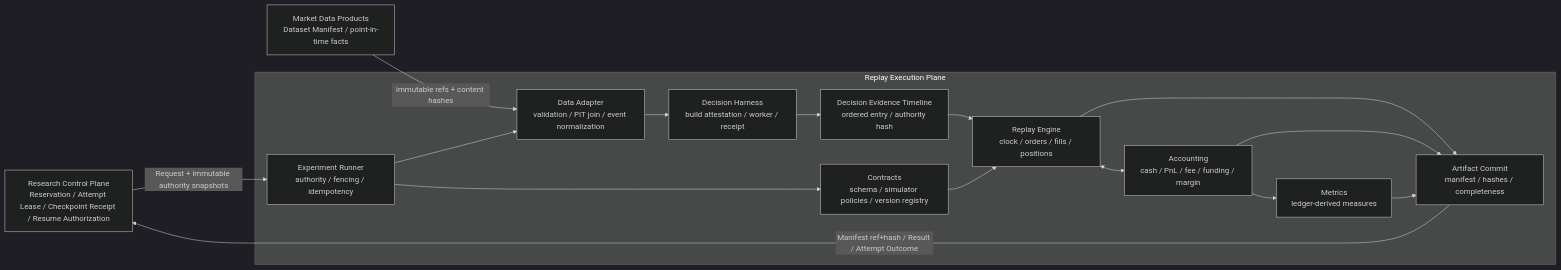
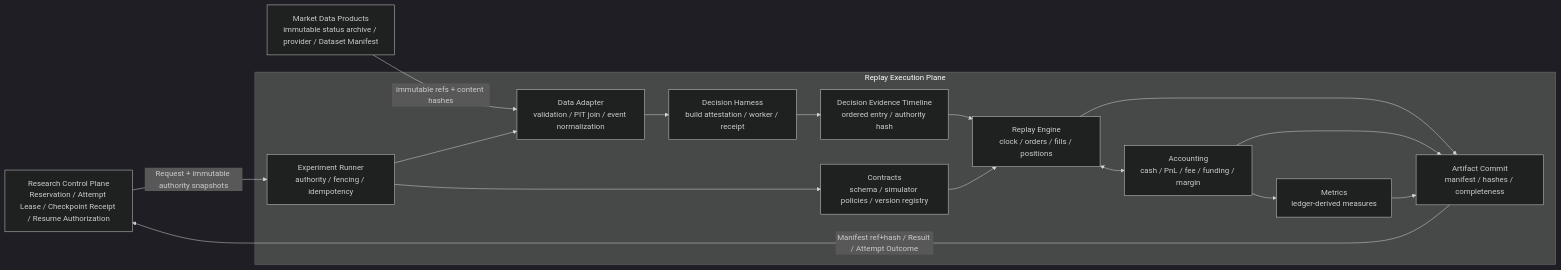
The diagram in docs/rd-replay-execution-plane-design.md (qOeOp/trade), drawn with Mermaid (dark theme) before and after one commit. The commit also changed other lines of this file and 4 other files, not shown here.

Commit message:
Document Replay status archive boundary

````diff
--- a/docs/rd-replay-execution-plane-design.md
+++ b/docs/rd-replay-execution-plane-design.md
@@ -61,30 +63,30 @@
 ```mermaid
 flowchart LR
   CP["Research Control Plane\nReservation / Attempt Lease / Checkpoint Receipt / Resume Authorization"] -->|"Request + immutable authority snapshots"| RR
-  MD["Market Data Products\nDataset Manifest / point-in-time facts"] -->|"immutable refs + content hashes"| DA
+  MD["Market Data Products\nimmutable status archive / provider / Dataset Manifest"] -->|"immutable refs + content hashes"| DA
 
   subgraph RP["Replay Execution Plane"]
     RR["Experiment Runner\nauthority / fencing / idempotency"]
     CT["Contracts\nschema / simulator policies / version registry"]
     DA["Data Adapter\nvalidation / PIT join / event normalization"]
     DH["Decision Harness\nbuild attestation / worker / receipt"]
     DT["Decision Evidence Timeline\nordered entry / authority hash"]
     EN["Replay Engine\nclock / orders / fills / positions"]
     AC["Accounting\ncash / PnL / fee / funding / margin"]
     MT["Metrics\nledger-derived measures"]
     AR["Artifact Commit\nmanifest / hashes / completeness"]
     RR --> CT
     RR --> DA
     DA --> DH
     DH --> DT
     DT --> EN
     CT --> EN
     EN <--> AC
     AC --> MT
     EN --> AR
     AC --> AR
     MT --> AR
   end
 
   AR -->|"Manifest ref+hash / Result / Attempt Outcome"| CP
 ```
````
